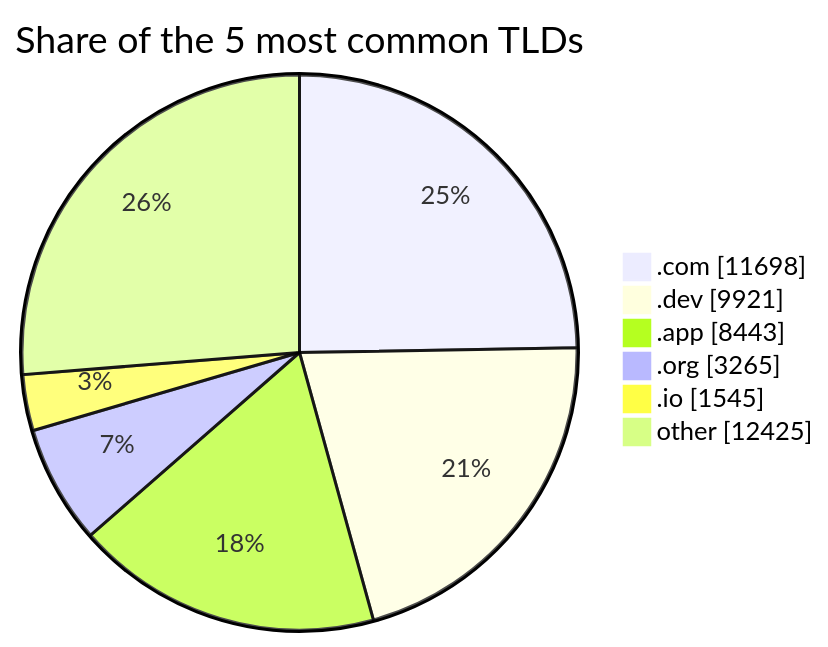
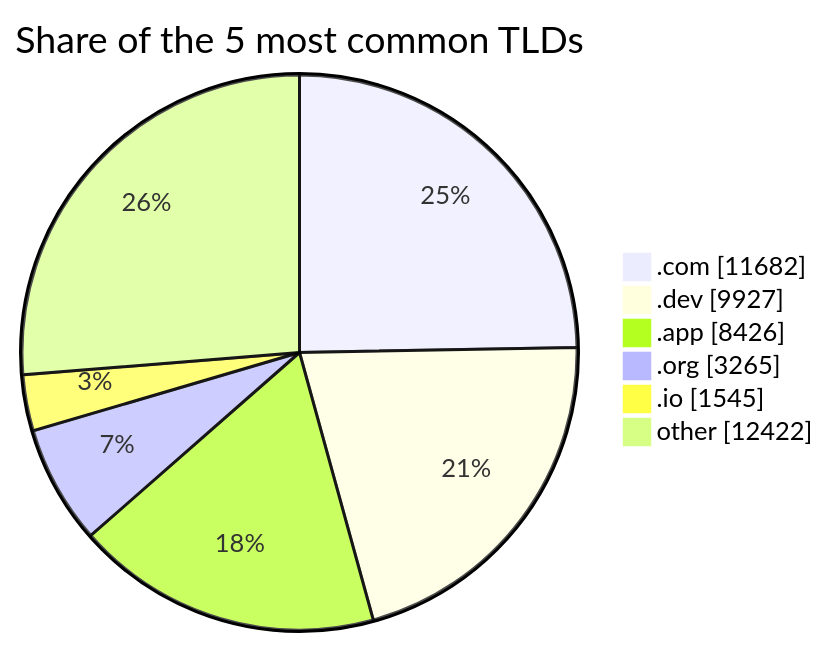
The third of 3 diagrams in README.md (DNSBunker/CTI), drawn with Mermaid before and after one commit. The commit also changed other lines of this file and 3 other files, not shown here.

````diff
--- a/README.md
+++ b/README.md
@@ -81,9 +81,9 @@
 ```mermaid
 pie showData title Share of the 5 most common TLDs
-    ".com" : 11698
-    ".dev" : 9921
-    ".app" : 8443
+    ".com" : 11682
+    ".dev" : 9927
+    ".app" : 8426
     ".org" : 3265
     ".io" : 1545
-    "other" : 12425
+    "other" : 12422
 ```
````
